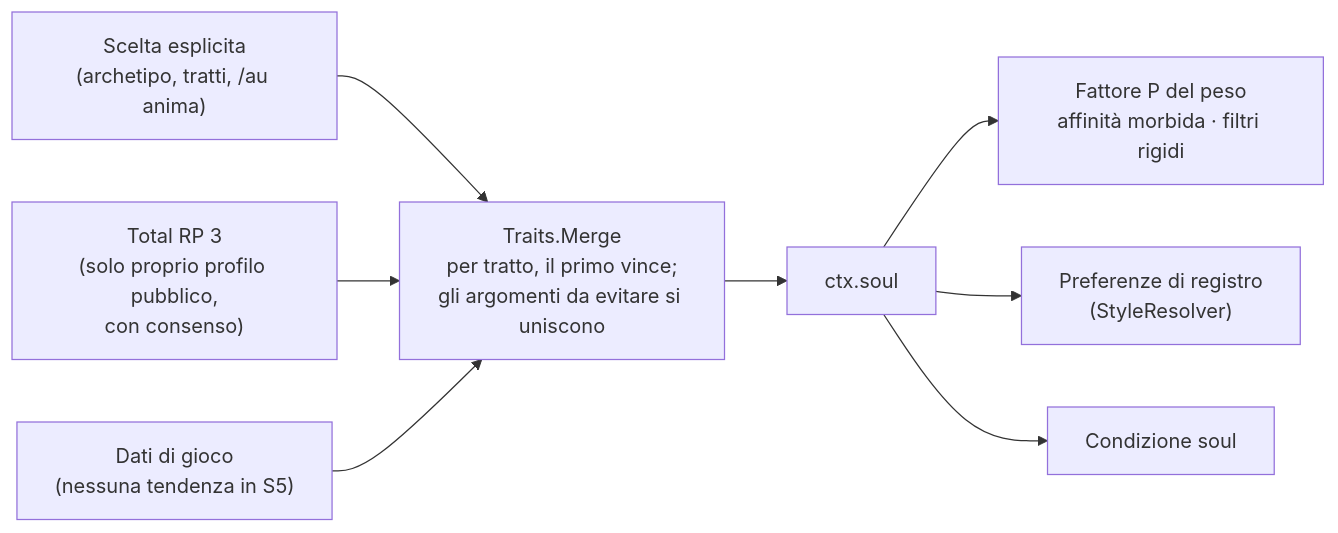
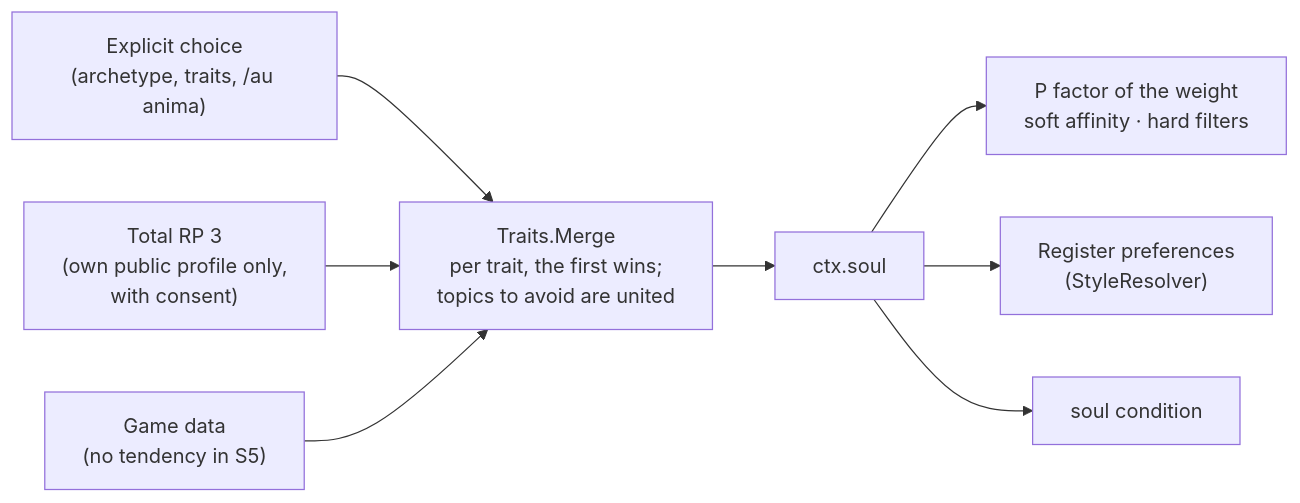
The sixth of 14 diagrams in docs/ARCHITECTURE.md (Finland6738/azeroth-unspoken), drawn with Mermaid before and after one commit. The commit also changed other lines of this file and 31 other files, not shown here.

````diff
--- a/docs/ARCHITECTURE.md
+++ b/docs/ARCHITECTURE.md
@@ -318,10 +318,10 @@
 ```mermaid
 flowchart LR
-    E["Scelta esplicita<br/>(archetipo, tratti, /au anima)"] --> M
-    T["Total RP 3<br/>(solo proprio profilo pubblico,<br/>con consenso)"] --> M
-    G["Dati di gioco<br/>(nessuna tendenza in S5)"] --> M
-    M["Traits.Merge<br/>per tratto, il primo vince;<br/>gli argomenti da evitare si uniscono"] --> S["ctx.soul"]
-    S --> P["Fattore P del peso<br/>affinità morbida · filtri rigidi"]
-    S --> R["Preferenze di registro<br/>(StyleResolver)"]
-    S --> C["Condizione soul"]
+    E["Explicit choice<br/>(archetype, traits, /au anima)"] --> M
+    T["Total RP 3<br/>(own public profile only,<br/>with consent)"] --> M
+    G["Game data<br/>(no tendency in S5)"] --> M
+    M["Traits.Merge<br/>per trait, the first wins;<br/>topics to avoid are united"] --> S["ctx.soul"]
+    S --> P["P factor of the weight<br/>soft affinity · hard filters"]
+    S --> R["Register preferences<br/>(StyleResolver)"]
+    S --> C["soul condition"]
 ```
````
